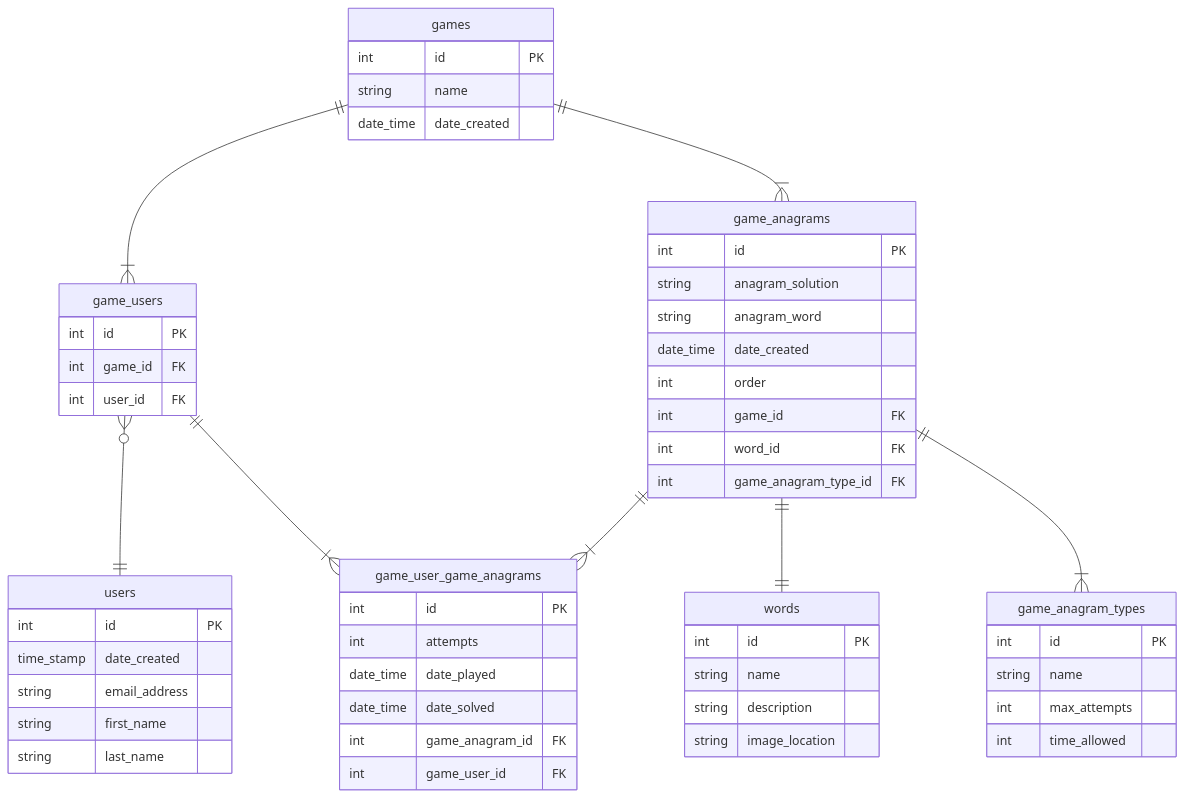
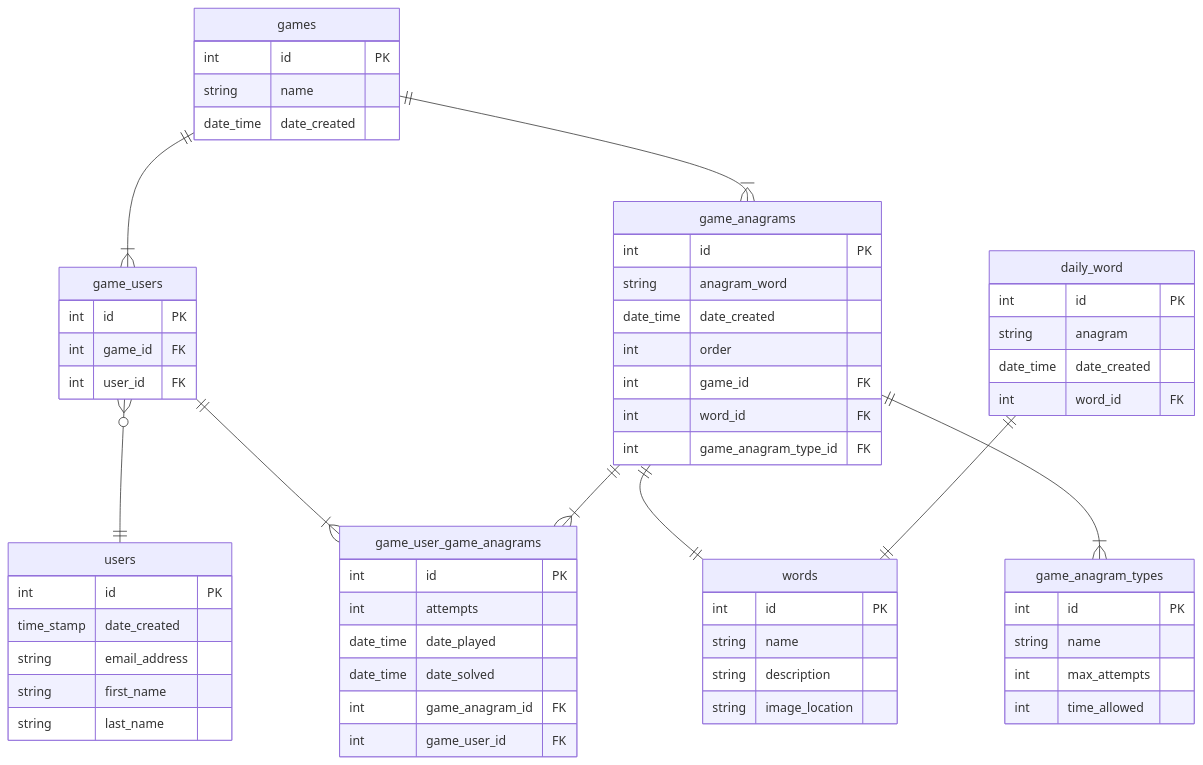
One commit to seanjamescurrie/bananagrams changed the second of 2 diagrams in README.md. Above: the diagram before and after it, drawn with Mermaid.

Commit message:
Update ReadMe.md ERD table

````diff
--- a/README.md
+++ b/README.md
@@ -220,68 +220,75 @@
 ```mermaid
 erDiagram
 
   games ||--|{ game_users : ""
   games ||--|{ game_anagrams : ""
   game_users }o--|| users : ""
   game_users ||--|{ game_user_game_anagrams : ""
   game_anagrams ||--|{ game_user_game_anagrams : ""
   game_anagrams ||--|| words : ""
   game_anagrams ||--|{ game_anagram_types : ""
+  daily_word ||--|| words : ""
   
   game_anagram_types {
     int id PK
     string name
     int max_attempts
     int time_allowed
   }
   
   games {
     int id PK
     string name
     date_time date_created
   }
   
   words {
     int id PK
     string name
     string description
     string image_location
   }
   
+  daily_word {
+    int id PK
+    string anagram
+    date_time date_created
+    int word_id FK
+  }
+  
   game_anagrams {
     int id PK
-    string anagram_solution
     string anagram_word
     date_time date_created
     int order
     int game_id FK
     int word_id FK
     int game_anagram_type_id FK
   }
   
   users {
     int id PK
     time_stamp date_created
     string email_address
     string first_name
     string last_name
   }
   
   game_users {
     int id PK
     int game_id FK
     int user_id FK
   }
   
   game_user_game_anagrams {
     int id PK
     int attempts
     date_time date_played
     date_time date_solved
     int game_anagram_id FK
     int game_user_id FK
   }
   
   
 
 ```
````
